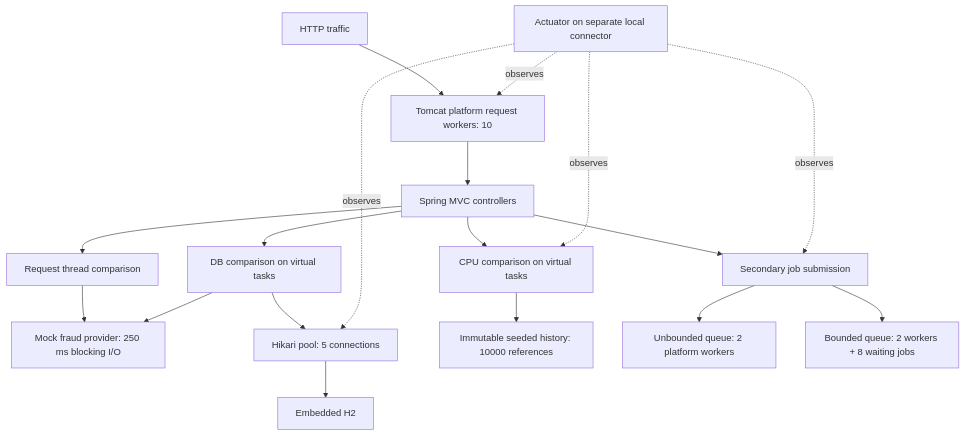
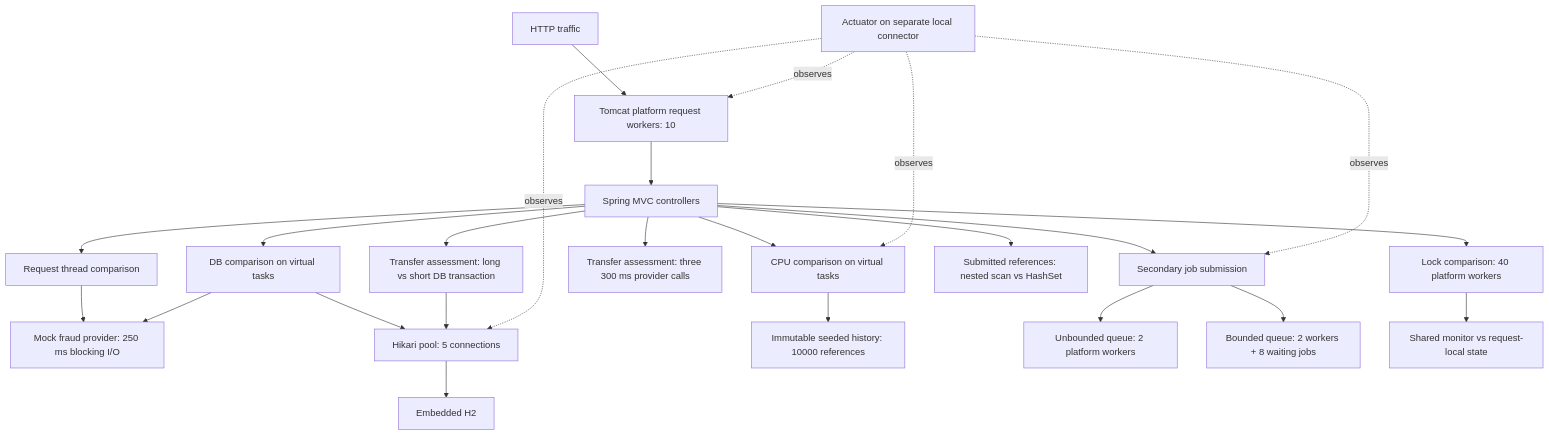
Before and after one commit to eh4p/spring-api-concurrency-bottlenecks: the first of 3 diagrams in README.md, drawn with Mermaid. The commit also changed other lines of this file and 82 other files, not shown here.

````diff
--- a/README.md
+++ b/README.md
@@ -38,20 +55,26 @@
 ```mermaid
 flowchart TD
     A[HTTP traffic] --> B[Tomcat platform request workers: 10]
     B --> C[Spring MVC controllers]
     C --> D[Request thread comparison]
     D --> E[Mock fraud provider: 250 ms blocking I/O]
     C --> F[DB comparison on virtual tasks]
     F --> G[Hikari pool: 5 connections]
     G --> H[Embedded H2]
     F --> E
     C --> I[CPU comparison on virtual tasks]
     I --> J[Immutable seeded history: 10000 references]
     C --> K[Secondary job submission]
     K --> L[Unbounded queue: 2 platform workers]
     K --> M[Bounded queue: 2 workers + 8 waiting jobs]
+    C --> O[Transfer assessment: three 300 ms provider calls]
+    C --> P[Transfer assessment: long vs short DB transaction]
+    P --> G
+    C --> Q[Submitted references: nested scan vs HashSet]
+    C --> R[Lock comparison: 40 platform workers]
+    R --> S[Shared monitor vs request-local state]
     N[Actuator on separate local connector] -. observes .-> B
     N -. observes .-> G
     N -. observes .-> I
     N -. observes .-> K
 ```
````
